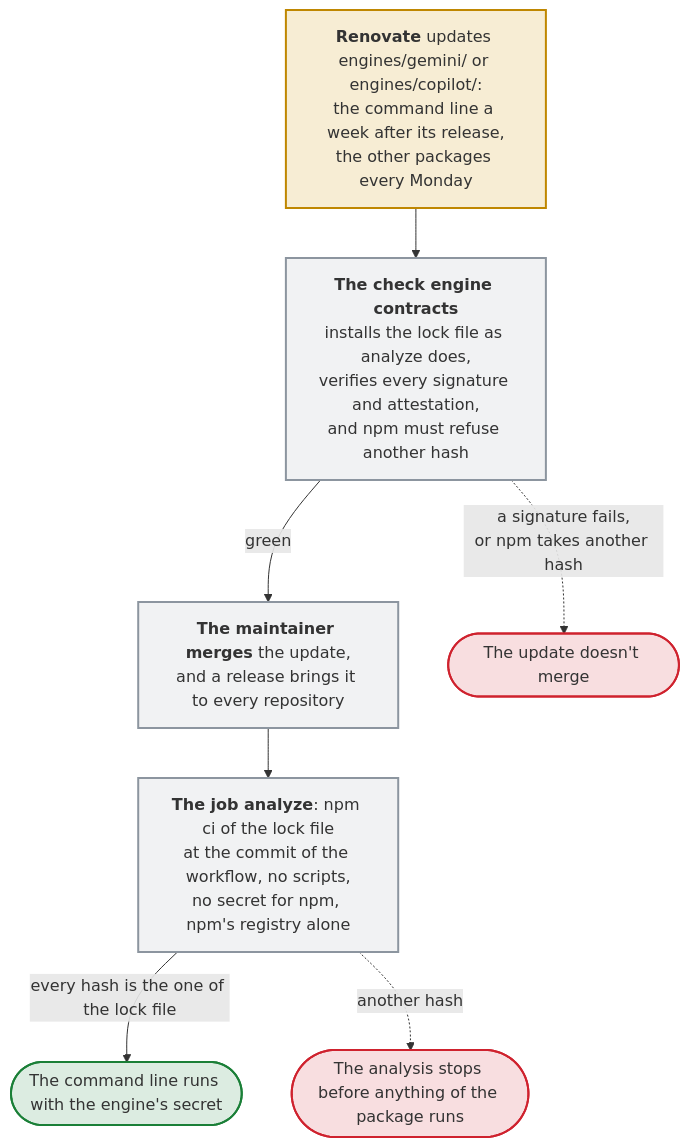
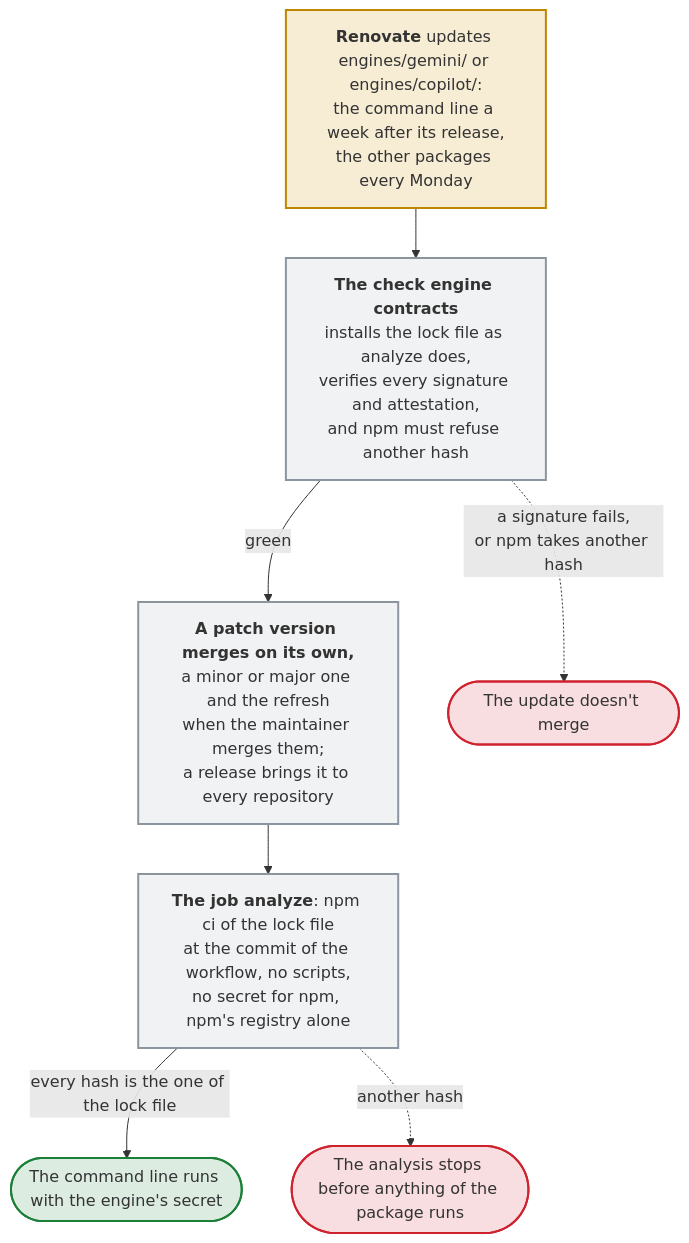
One commit to Dennis-Otto/issue-assistant changed the diagram in docs/diagrams/how-the-packages-of-gemini-and-copilot-reach-the-job-analyze.mmd. Above: the diagram before and after it, drawn with Mermaid. The commit also changed 11 other files, not shown here.

First line of the commit message:
ci: let Renovate merge patch versions of the AI engines once the engine contracts pass (#201)

```diff
--- a/docs/diagrams/how-the-packages-of-gemini-and-copilot-reach-the-job-analyze.mmd
+++ b/docs/diagrams/how-the-packages-of-gemini-and-copilot-reach-the-job-analyze.mmd
@@ -1,23 +1,23 @@
 flowchart TB
   accTitle: How the packages of Gemini and Copilot reach the job analyze
-  accDescr: Renovate updates the lock file of the Gemini CLI or the Copilot CLI in engines/, the command line a week after its release and the other packages every Monday, each package at one version with its SHA-512 hash. The check engine contracts of the pull request installs the lock file as analyze does, verifies the signature of npm's registry of every package and the attestations of those that have them, and makes sure that npm refuses another hash; a failure keeps the update from merging. The maintainer merges it, and a release brings it to every repository. In the job analyze, the checkout of the issue assistant at the commit of the workflow holds the lock file, and npm ci installs it in a folder of the run, without the scripts of the packages and without the engine's secret, from npm's registry alone. A package whose hash isn't the one of the lock file stops the analysis before anything of it runs; otherwise the command line runs with the engine's secret.
+  accDescr: Renovate updates the lock file of the Gemini CLI or the Copilot CLI in engines/, the command line a week after its release and the other packages every Monday, each package at one version with its SHA-512 hash. The check engine contracts of the pull request installs the lock file as analyze does, verifies the signature of npm's registry of every package and the attestations of those that have them, and makes sure that npm refuses another hash; a failure keeps the update from merging. A patch version merges on its own once every required check passed, a minor or major version and the refresh of the other packages when the maintainer merges them, and a release brings it to every repository. In the job analyze, the checkout of the issue assistant at the commit of the workflow holds the lock file, and npm ci installs it in a folder of the run, without the scripts of the packages and without the engine's secret, from npm's registry alone. A package whose hash isn't the one of the lock file stops the analysis before anything of it runs; otherwise the command line runs with the engine's secret.
   renovate["`**Renovate** updates engines/gemini/ or engines/copilot/:<br>the command line a week after its release,<br>the other packages every Monday`"]
   check["`**The check engine contracts**<br>installs the lock file as analyze does,<br>verifies every signature and attestation,<br>and npm must refuse another hash`"]
-  merge["`**The maintainer merges** the update,<br>and a release brings it to every repository`"]
+  merge["`**A patch version merges on its own,**<br>a minor or major one and the refresh<br>when the maintainer merges them;<br>a release brings it to every repository`"]
   analyze["`**The job analyze**: npm ci of the lock file<br>at the commit of the workflow, no scripts,<br>no secret for npm, npm's registry alone`"]
   runs(["The command line runs with the engine's secret"])
   waits(["The update doesn't merge"])
   stops(["The analysis stops before anything of the package runs"])
   renovate --> check
   check -- "green" --> merge --> analyze
   analyze -- "every hash is the one of the lock file" --> runs
   check -. "a signature fails,<br>or npm takes another hash" .-> waits
   analyze -. "another hash" .-> stops
   classDef trigger fill:#d4a72c33,stroke:#bf8700,stroke-width:2px
   classDef job fill:#8c959f1f,stroke:#8c959f,stroke-width:2px
   classDef safe fill:#1a7f3726,stroke:#1a7f37,stroke-width:2px
   classDef stop fill:#cf222e26,stroke:#cf222e,stroke-width:2px
   class renovate trigger
   class check,merge,analyze job
   class runs safe
   class waits,stops stop
```
